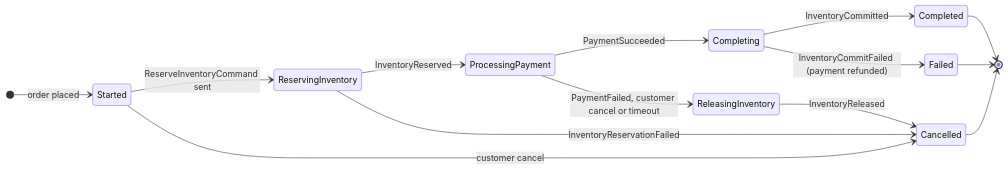
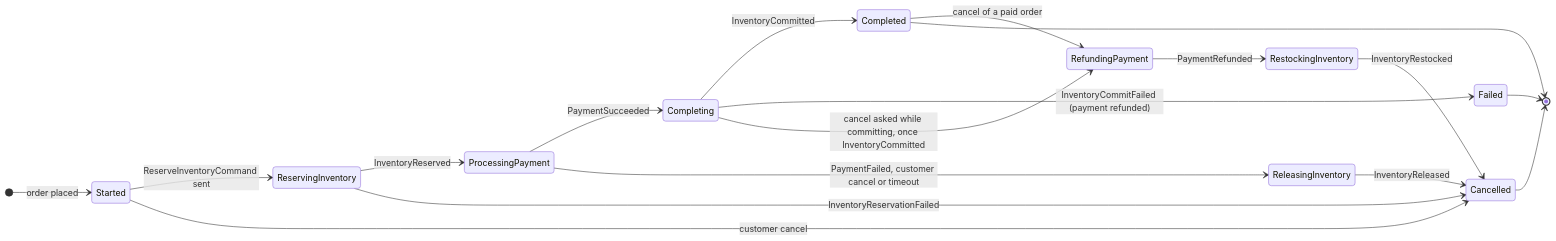
One commit to AmirGHTo/ShopEasy changed the third of 3 diagrams in README.md. Above: the diagram before and after it, drawn with Mermaid. The commit also changed other lines of this file, not shown here.

First line of the commit message:
README: cancelling a paid order

````diff
--- a/README.md
+++ b/README.md
@@ -168,19 +168,24 @@
 ```mermaid
 stateDiagram-v2
     direction LR
     [*] --> Started: order placed
     Started --> ReservingInventory: ReserveInventoryCommand sent
     ReservingInventory --> ProcessingPayment: InventoryReserved
     ProcessingPayment --> Completing: PaymentSucceeded
     Completing --> Completed: InventoryCommitted
 
     ReservingInventory --> Cancelled: InventoryReservationFailed
     ProcessingPayment --> ReleasingInventory: PaymentFailed, customer cancel or timeout
     ReleasingInventory --> Cancelled: InventoryReleased
     Started --> Cancelled: customer cancel
     Completing --> Failed: InventoryCommitFailed (payment refunded)
 
+    Completed --> RefundingPayment: cancel of a paid order
+    Completing --> RefundingPayment: cancel asked while committing, once InventoryCommitted
+    RefundingPayment --> RestockingInventory: PaymentRefunded
+    RestockingInventory --> Cancelled: InventoryRestocked
+
     Completed --> [*]
     Cancelled --> [*]
     Failed --> [*]
 ```
````
